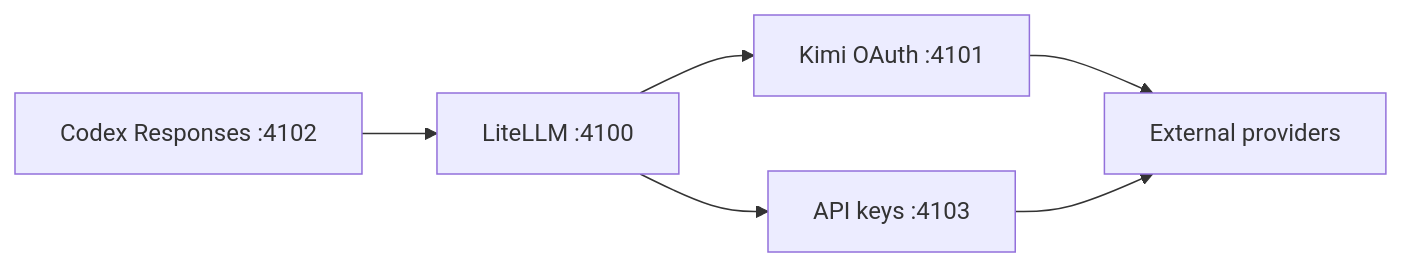
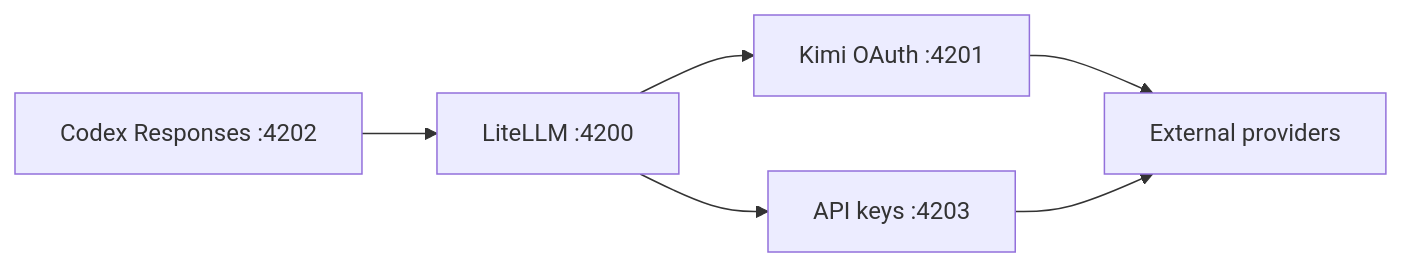
Before and after one commit to 520qianjiawen/codex-router: the diagram in README.md, drawn with Mermaid. The commit also changed other lines of this file and 32 other files, not shown here.

````diff
--- a/README.md
+++ b/README.md
@@ -1088,8 +1098,8 @@
 ```mermaid
 flowchart LR
-  C["Codex Responses :4102"] --> L1["LiteLLM :4100"]
-  L1 --> K1["Kimi OAuth :4101"]
-  L1 --> A1["API keys :4103"]
+  C["Codex Responses :4202"] --> L1["LiteLLM :4200"]
+  L1 --> K1["Kimi OAuth :4201"]
+  L1 --> A1["API keys :4203"]
   K1 --> P["External providers"]
   A1 --> P
 ```
````
